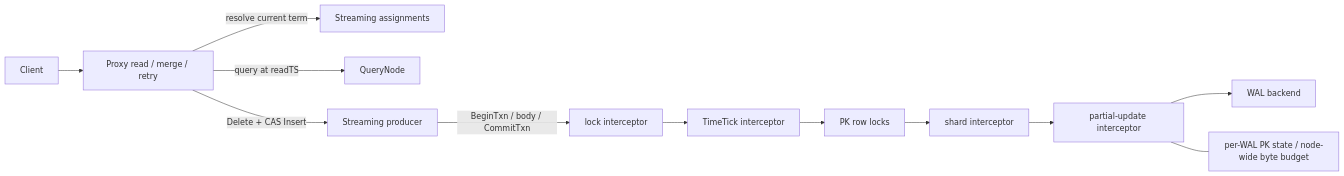
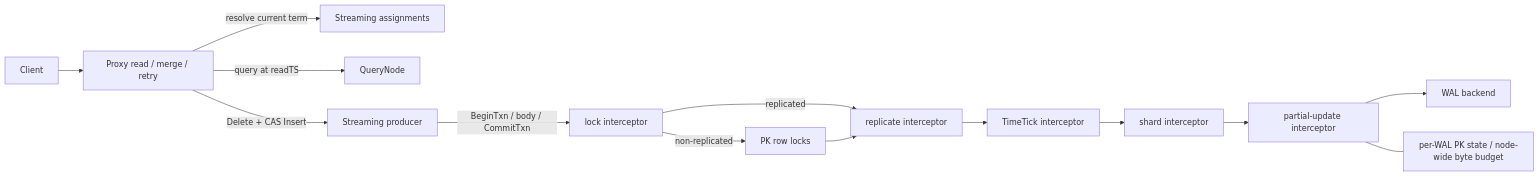
One commit to milvus-io/milvus changed the first of 2 diagrams in docs/design-docs/design_docs/20260601-partial-update-optimistic-lock-design.md. Above: the diagram before and after it, drawn with Mermaid. The commit also changed other lines of this file and 20 other files, not shown here.

````diff
--- a/docs/design-docs/design_docs/20260601-partial-update-optimistic-lock-design.md
+++ b/docs/design-docs/design_docs/20260601-partial-update-optimistic-lock-design.md
@@ -209,14 +213,16 @@
 ```mermaid
 flowchart LR
     Client[Client] --> Proxy[Proxy read / merge / retry]
     Proxy -->|resolve current term| Assignment[Streaming assignments]
     Proxy -->|query at readTS| QueryNode[QueryNode]
     Proxy -->|Delete + CAS Insert| Producer[Streaming producer]
     Producer -->|BeginTxn / body / CommitTxn| Lock[lock interceptor]
-    Lock --> TimeTick[TimeTick interceptor]
-    TimeTick --> Guard[PK row locks]
-    Guard --> Shard[shard interceptor]
+    Lock -->|non-replicated| Guard[PK row locks]
+    Lock -->|replicated| Replicate[replicate interceptor]
+    Guard --> Replicate
+    Replicate --> TimeTick[TimeTick interceptor]
+    TimeTick --> Shard[shard interceptor]
     Shard --> CAS[partial-update interceptor]
     CAS --> WAL[WAL backend]
     CAS --- Index[per-WAL PK state / node-wide byte budget]
 ```
````
